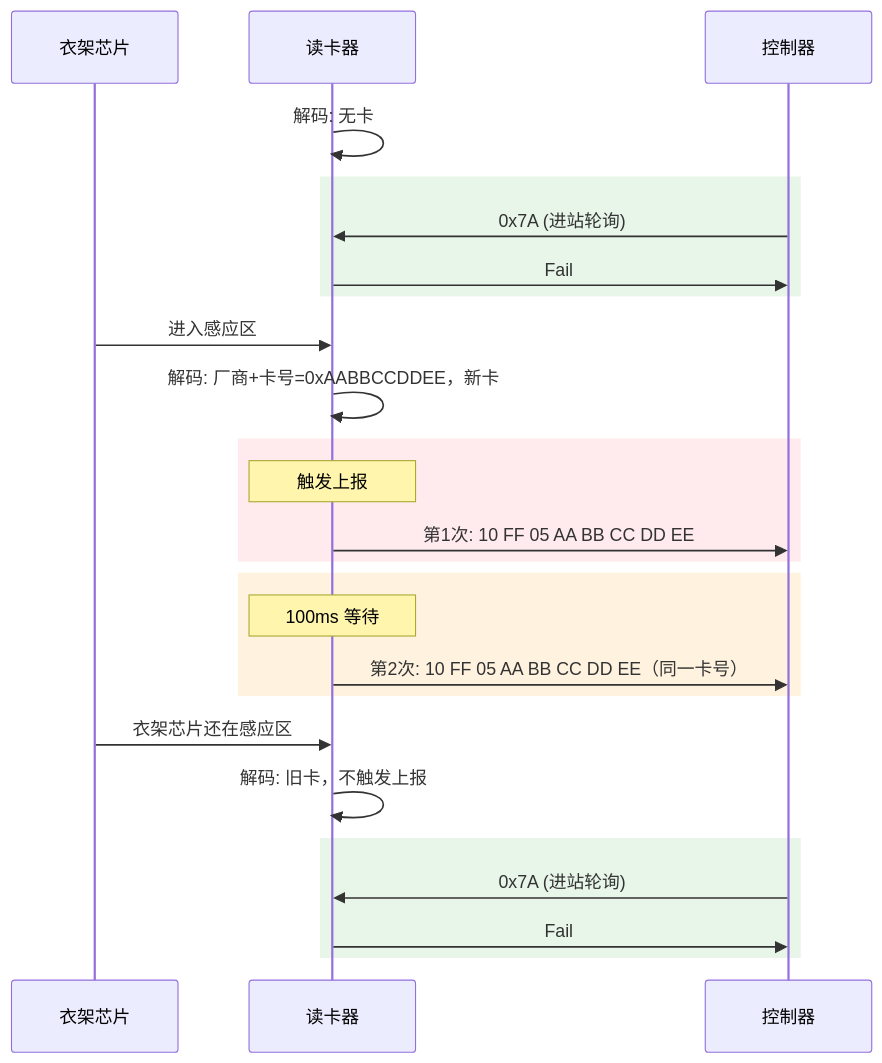
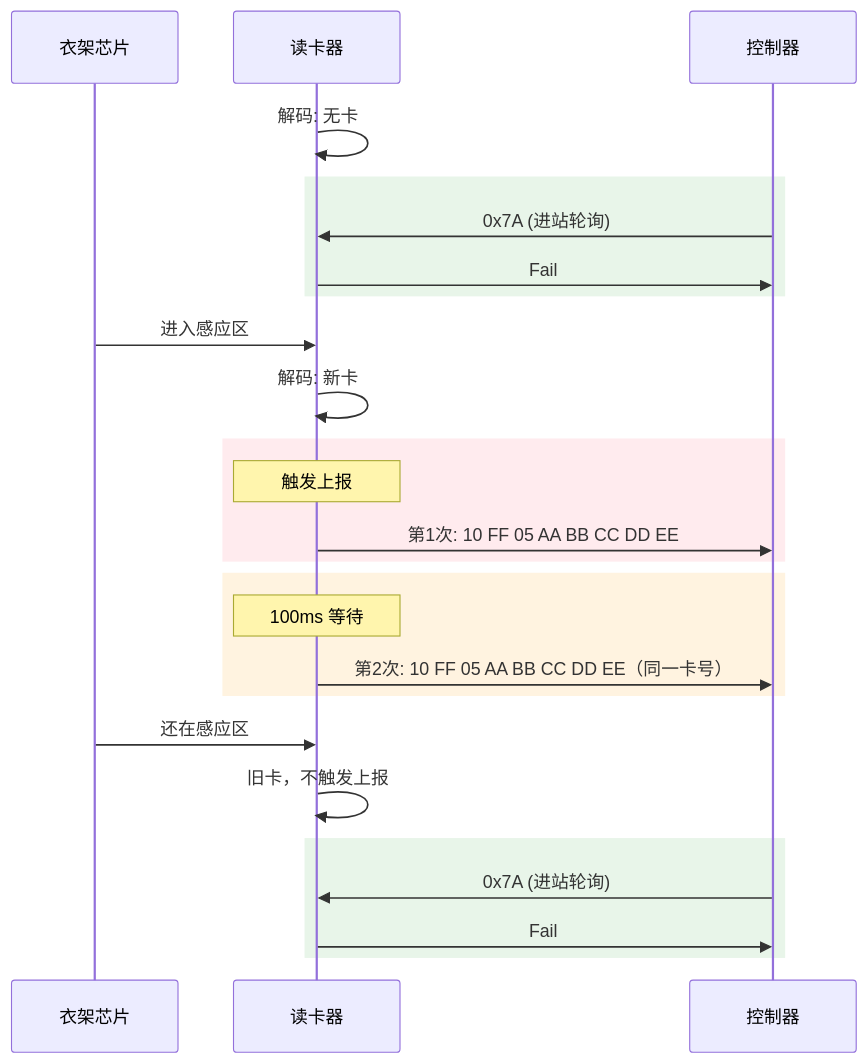
The second of 9 diagrams in 工作/[[SR3读卡器]]/260804SR3框架整理.md (Siaiai/ObsidianNote), drawn with Mermaid before and after one commit. The commit also changed other lines of this file, not shown here.

````diff
--- a/工作/[[SR3读卡器]]/260804SR3框架整理.md
+++ b/工作/[[SR3读卡器]]/260804SR3框架整理.md
@@ -174,34 +183,34 @@
 ```mermaid
 sequenceDiagram
     participant 衣架芯片
     participant 读卡器
     participant 控制器
 
     读卡器->>读卡器: 解码: 无卡
 
     rect rgb(232, 245, 233)
         控制器->>读卡器: 0x7A (进站轮询)
         读卡器->>控制器: Fail
     end
 
     衣架芯片->>读卡器: 进入感应区
-    读卡器->>读卡器: 解码: 厂商+卡号=0xAABBCCDDEE，新卡
+    读卡器->>读卡器: 解码: 新卡
 
     rect rgb(255, 235, 238)
         Note over 读卡器: 触发上报
         读卡器->>控制器: 第1次: 10 FF 05 AA BB CC DD EE
     end
 
     rect rgb(255, 243, 224)
         Note over 读卡器: 100ms 等待
         读卡器->>控制器: 第2次: 10 FF 05 AA BB CC DD EE（同一卡号）
     end
 
-    衣架芯片->>读卡器: 衣架芯片还在感应区
-    读卡器->>读卡器: 解码: 旧卡，不触发上报
+    衣架芯片->>读卡器: 还在感应区
+    读卡器->>读卡器: 旧卡，不触发上报
 
     rect rgb(232, 245, 233)
         控制器->>读卡器: 0x7A (进站轮询)
         读卡器->>控制器: Fail
     end
 ```
````
